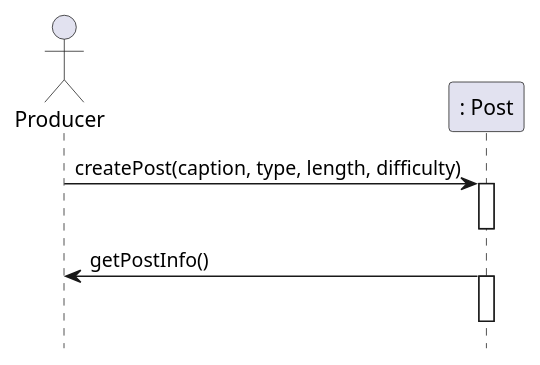
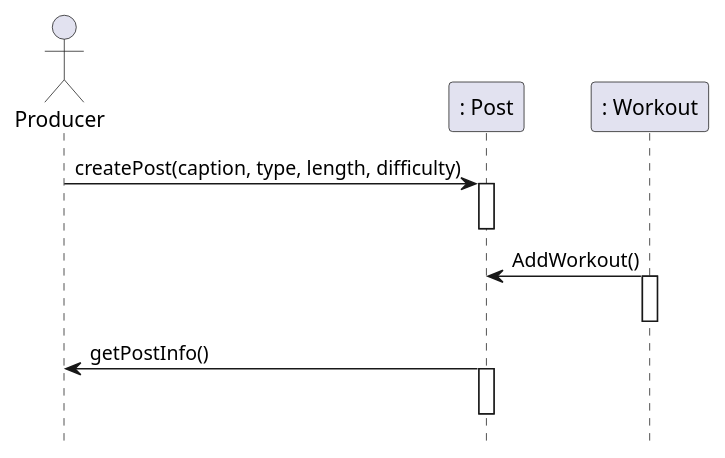
The second of 5 diagrams in doc/design.md (arun-guruswamy/workout-networking), drawn with PlantUML before and after one commit. The commit also changed other lines of this file, not shown here.

Commit message:
sequence diagram

````diff
--- a/doc/design.md
+++ b/doc/design.md
@@ -50,14 +50,18 @@
 ```plantuml
 @startuml
 hide footbox
 actor Producer as producer
 participant ": Post" as Post
+participant ": Workout" as workout
 
 producer -> Post : createPost(caption, type, length, difficulty)
 activate Post
 deactivate Post
+workout -> Post : AddWorkout()
+activate workout
+deactivate workout
 producer <- Post : getPostInfo()
 activate Post
 deactivate Post
 @enduml
 ```
````
